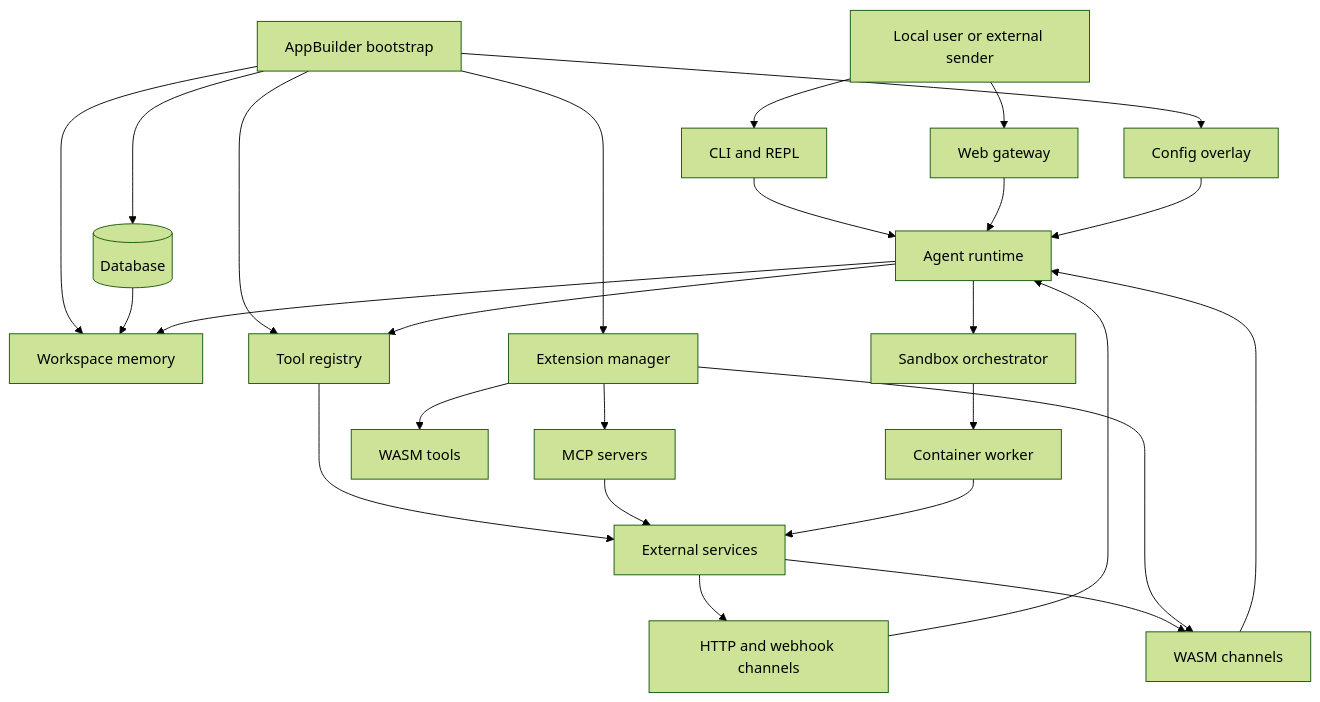
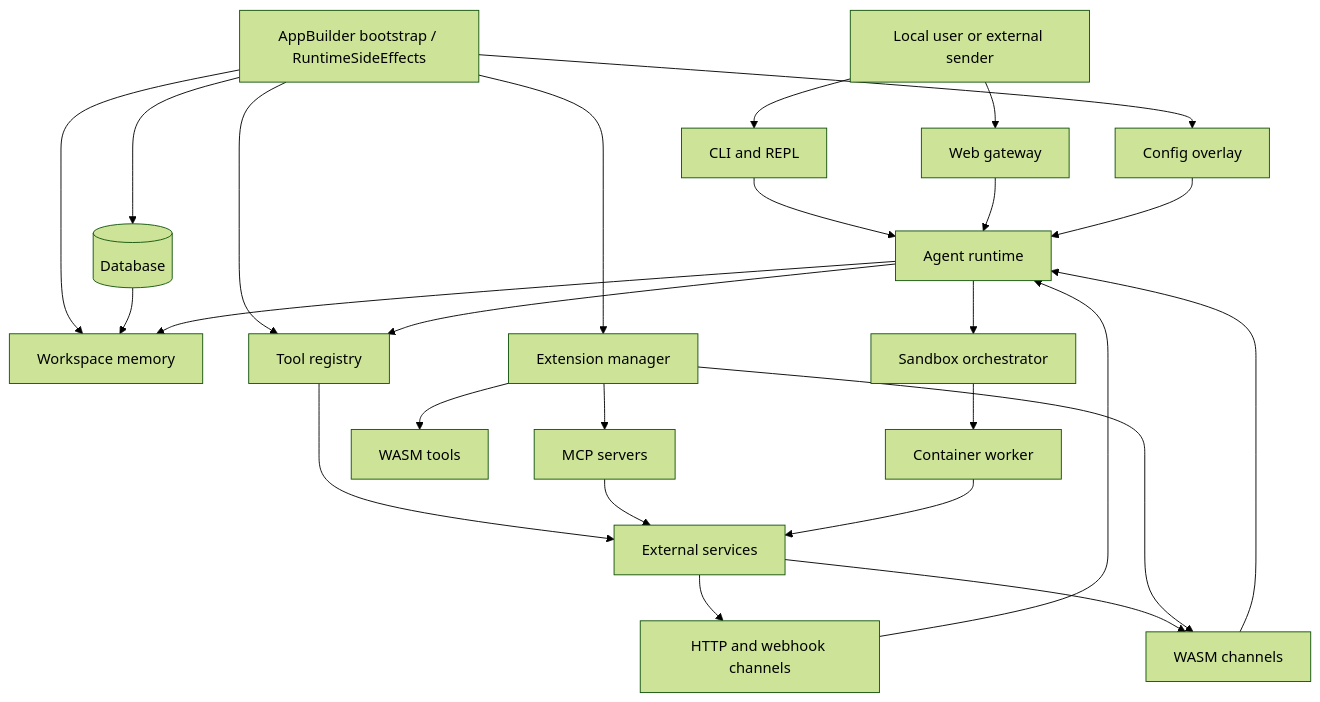
Before and after one commit to leynos/axinite: the diagram in docs/axinite-architecture-overview.md, drawn with Mermaid (forest theme). The commit also changed other lines of this file and 18 other files, not shown here.

First line of the commit message:
Split build_all into build_components and RuntimeSideEffects (#108)

````diff
--- a/docs/axinite-architecture-overview.md
+++ b/docs/axinite-architecture-overview.md
@@ -65,46 +65,46 @@
 ```mermaid
 flowchart TD
     User[Local user or external sender]
     CLI[CLI and REPL]
     Gateway[Web gateway]
     Webhooks[HTTP and webhook channels]
     WasmChannels[WASM channels]
     Agent[Agent runtime]
-    AppBuilder[AppBuilder bootstrap]
+    AppBuilder[AppBuilder bootstrap / RuntimeSideEffects]
     Config[Config overlay]
     DB[(Database)]
     Workspace[Workspace memory]
     Tools[Tool registry]
     Extensions[Extension manager]
     MCP[MCP servers]
     WasmTools[WASM tools]
     Orchestrator[Sandbox orchestrator]
     Worker[Container worker]
     External[External services]
 
     User --> CLI
     User --> Gateway
     External --> Webhooks
     External --> WasmChannels
     CLI --> Agent
     Gateway --> Agent
     Webhooks --> Agent
     WasmChannels --> Agent
     AppBuilder --> Config
     AppBuilder --> DB
     AppBuilder --> Workspace
     AppBuilder --> Tools
     AppBuilder --> Extensions
     Config --> Agent
     DB --> Workspace
     Agent --> Tools
     Agent --> Workspace
     Agent --> Orchestrator
     Extensions --> MCP
     Extensions --> WasmTools
     Extensions --> WasmChannels
     Orchestrator --> Worker
     Tools --> External
     MCP --> External
     Worker --> External
 ```
````
